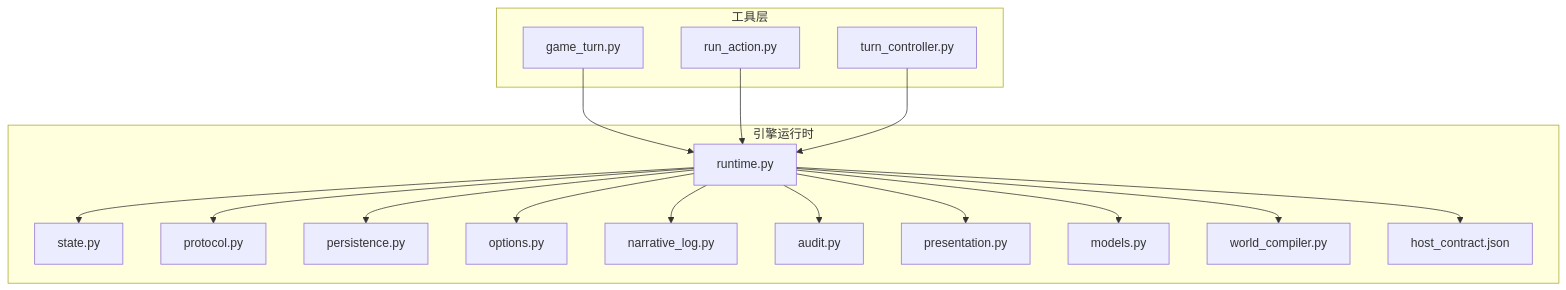
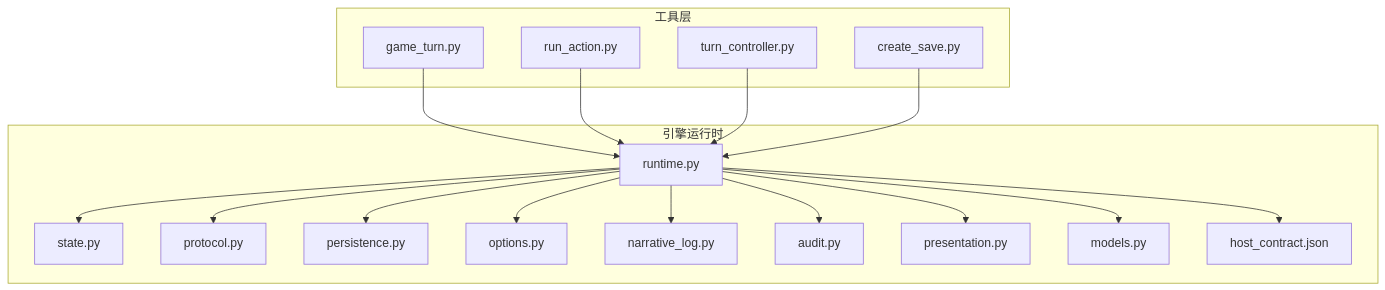
One commit to Ivandanslespace/thegreatnovel changed the first of 7 diagrams in .qoder/repowiki/zh/content/工具集/游戏控制工具.md. Above: the diagram before and after it, drawn with Mermaid. The commit also changed other lines of this file and 264 other files, not shown here.

````diff
--- a/.qoder/repowiki/zh/content/工具集/游戏控制工具.md
+++ b/.qoder/repowiki/zh/content/工具集/游戏控制工具.md
@@ -53,34 +61,34 @@
 ```mermaid
 graph TB
 subgraph "工具层"
 GT["game_turn.py"]
 RA["run_action.py"]
 TC["turn_controller.py"]
+CS["create_save.py"]
 end
 subgraph "引擎运行时"
 RT["runtime.py"]
 ST["state.py"]
 PR["protocol.py"]
 PS["persistence.py"]
 OP["options.py"]
 NL["narrative_log.py"]
 AU["audit.py"]
 PRE["presentation.py"]
 MD["models.py"]
-WC["world_compiler.py"]
 HC["host_contract.json"]
 end
 GT --> RT
 RA --> RT
 TC --> RT
+CS --> RT
 RT --> ST
 RT --> PR
 RT --> PS
 RT --> OP
 RT --> NL
 RT --> AU
 RT --> PRE
 RT --> MD
-RT --> WC
 RT --> HC
 ```
````
